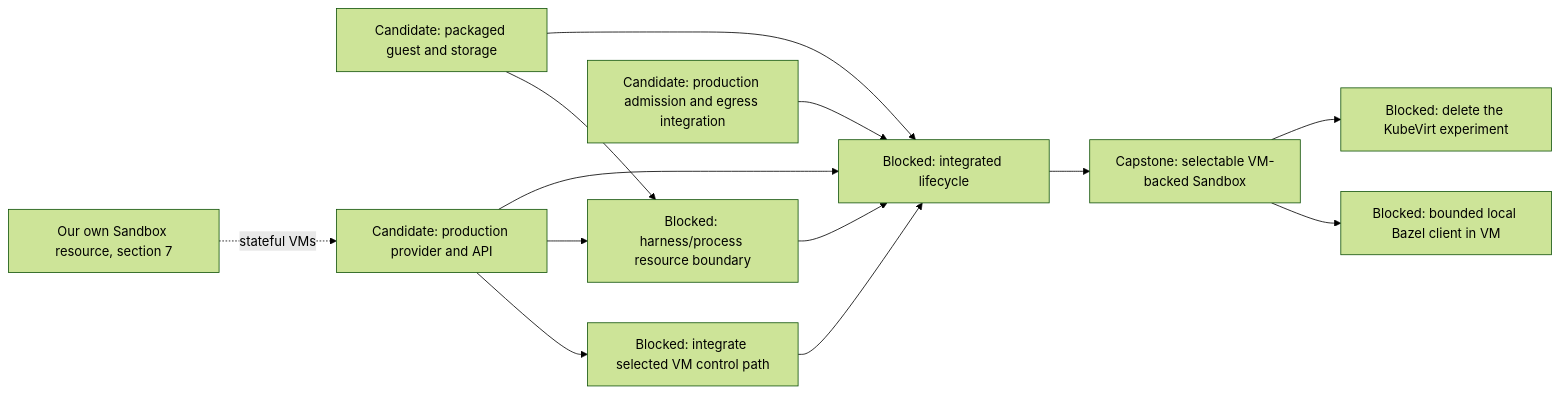
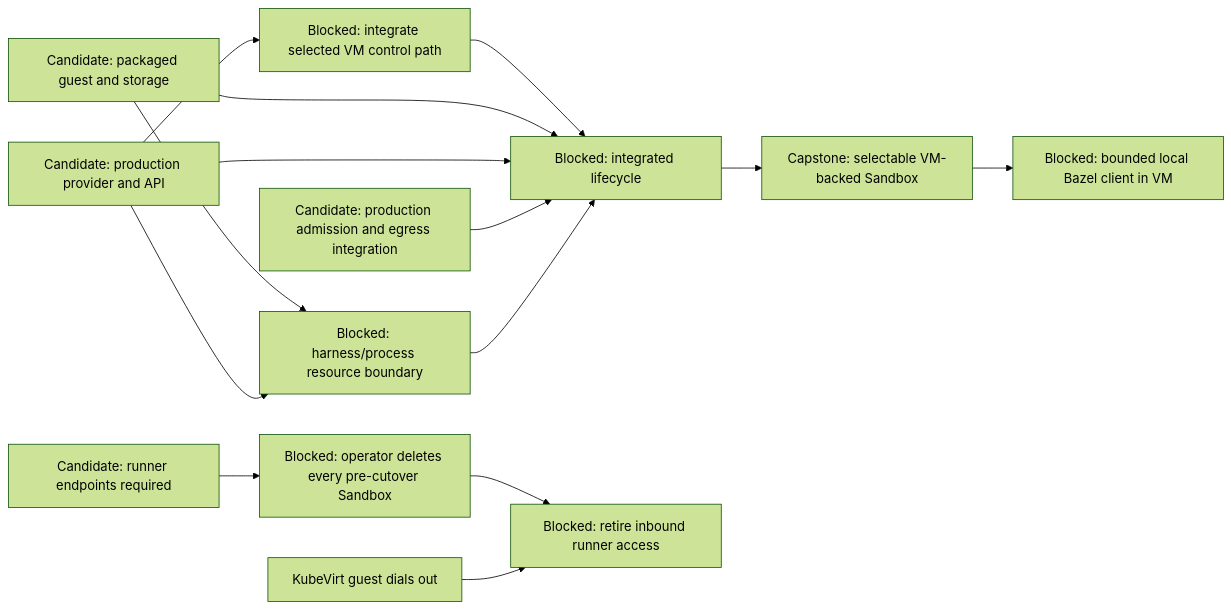
One commit to agentydragon/ducktape changed the sixth of 13 diagrams in agentplane/plans/task_dag.md. Above: the diagram before and after it, drawn with Mermaid (forest theme). The commit also changed other lines of this file, not shown here.

First line of the commit message:
agentplane/plans: add the coherence refactor nodes

````diff
--- a/agentplane/plans/task_dag.md
+++ b/agentplane/plans/task_dag.md
@@ -334,22 +323,23 @@
 ```mermaid
 flowchart LR
+    RUNNER_OUTBOUND_ROLLOUT[Candidate: runner endpoints required]
     VM_CONTROL_NETWORKING[Blocked: integrate selected VM control path]
     VM_IMAGE[Candidate: packaged guest and storage]
     VM_PROVIDER[Candidate: production provider and API]
-    AGENTPLANE_SANDBOX_RESOURCE[Our own Sandbox resource, section 7]
     VM_EGRESS[Candidate: production admission and egress integration]
     VM_PROCESS_ISOLATION[Blocked: harness/process resource boundary]
     VM_LIFECYCLE[Blocked: integrated lifecycle]
+    RUNNER_OUTBOUND_ROLLOUT --> LEGACY_SANDBOX_RETIRE[Blocked: operator deletes every pre-cutover Sandbox]
+    LEGACY_SANDBOX_RETIRE --> RUNNER_INBOUND_RETIRE[Blocked: retire inbound runner access]
+    KUBEVIRT_GUEST_CONTROL[KubeVirt guest dials out] --> RUNNER_INBOUND_RETIRE
     VM_PROVIDER --> VM_CONTROL_NETWORKING
-    AGENTPLANE_SANDBOX_RESOURCE -. stateful VMs .-> VM_PROVIDER
     VM_CONTROL_NETWORKING --> VM_LIFECYCLE
     VM_IMAGE --> VM_PROCESS_ISOLATION
     VM_PROVIDER --> VM_PROCESS_ISOLATION
     VM_IMAGE --> VM_LIFECYCLE
     VM_PROVIDER --> VM_LIFECYCLE
     VM_EGRESS --> VM_LIFECYCLE
     VM_PROCESS_ISOLATION --> VM_LIFECYCLE
     VM_LIFECYCLE --> SANDBOX_VM_ISOLATION[Capstone: selectable VM-backed Sandbox]
     SANDBOX_VM_ISOLATION --> LOCAL_BAZEL[Blocked: bounded local Bazel client in VM]
-    SANDBOX_VM_ISOLATION --> KUBEVIRT_EXPERIMENT_RETIRE[Blocked: delete the KubeVirt experiment]
 ```
````
